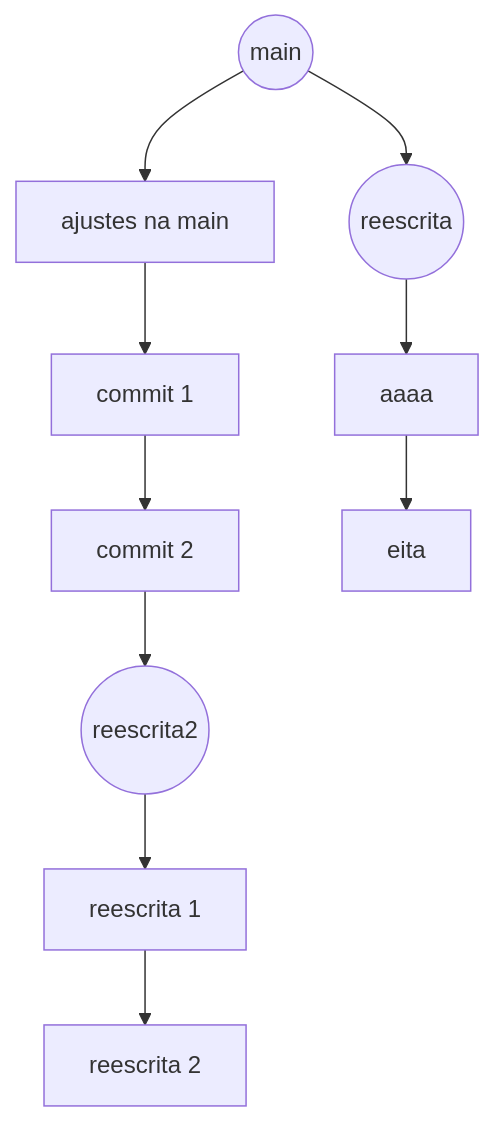
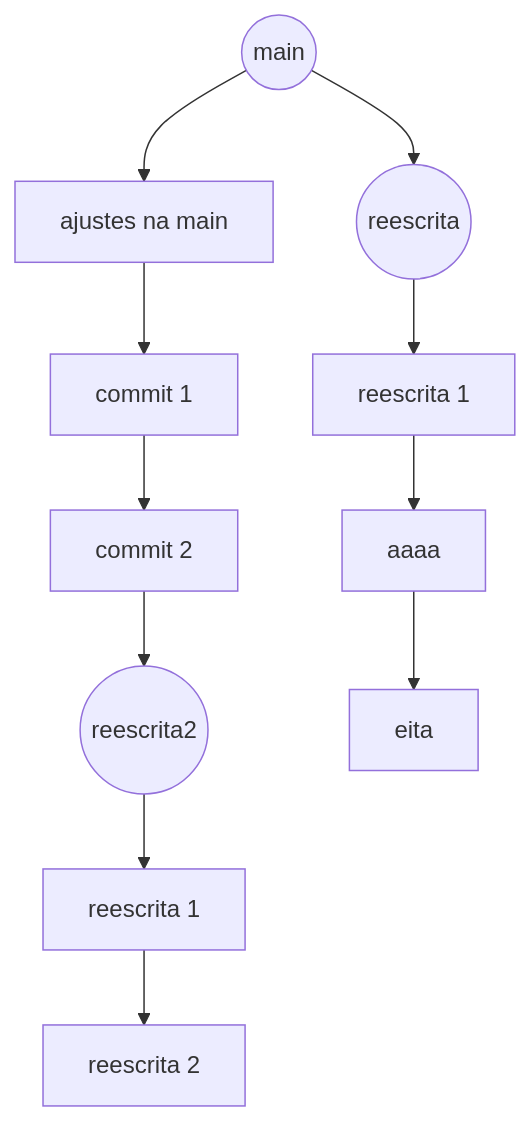
Before and after one commit to Hysumi/team-patterns: the second of 2 diagrams in git/pull-request-strategy.md, drawn with Mermaid.

Commit message:
:bug: fix: bugfix rebase bad example  graph

````diff
--- a/git/pull-request-strategy.md
+++ b/git/pull-request-strategy.md
@@ -177,13 +177,14 @@
 ```mermaid
 graph TD;
     main((main))-->main1[ajustes na main];
     main1[ajustes na main]-->main2[commit 1];
     main2[commit 1]-->main3[commit 2];
     main3[commit 2]-->rewrite2((reescrita2))
     rewrite2((reescrita2))-->rewrite3[reescrita 1]
     rewrite3[reescrita 1]-->rewrite4[reescrita 2]
-    main((main))-->rewrite[reescrita 1];
-    rewrite((reescrita))--> aaaa;
+    main((main))-->rewrite((reescrita));
+    rewrite((reescrita))-->rewrite5[reescrita 1];
+    rewrite5[reescrita 1]--> aaaa;
     aaaa-->eita
     
 ```
````
